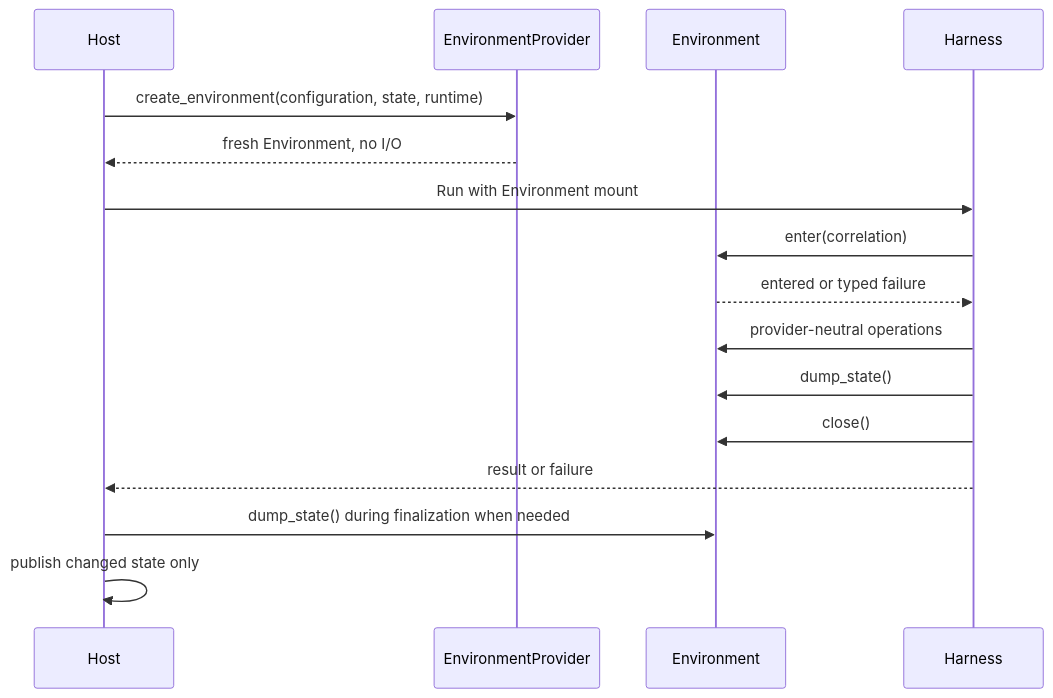
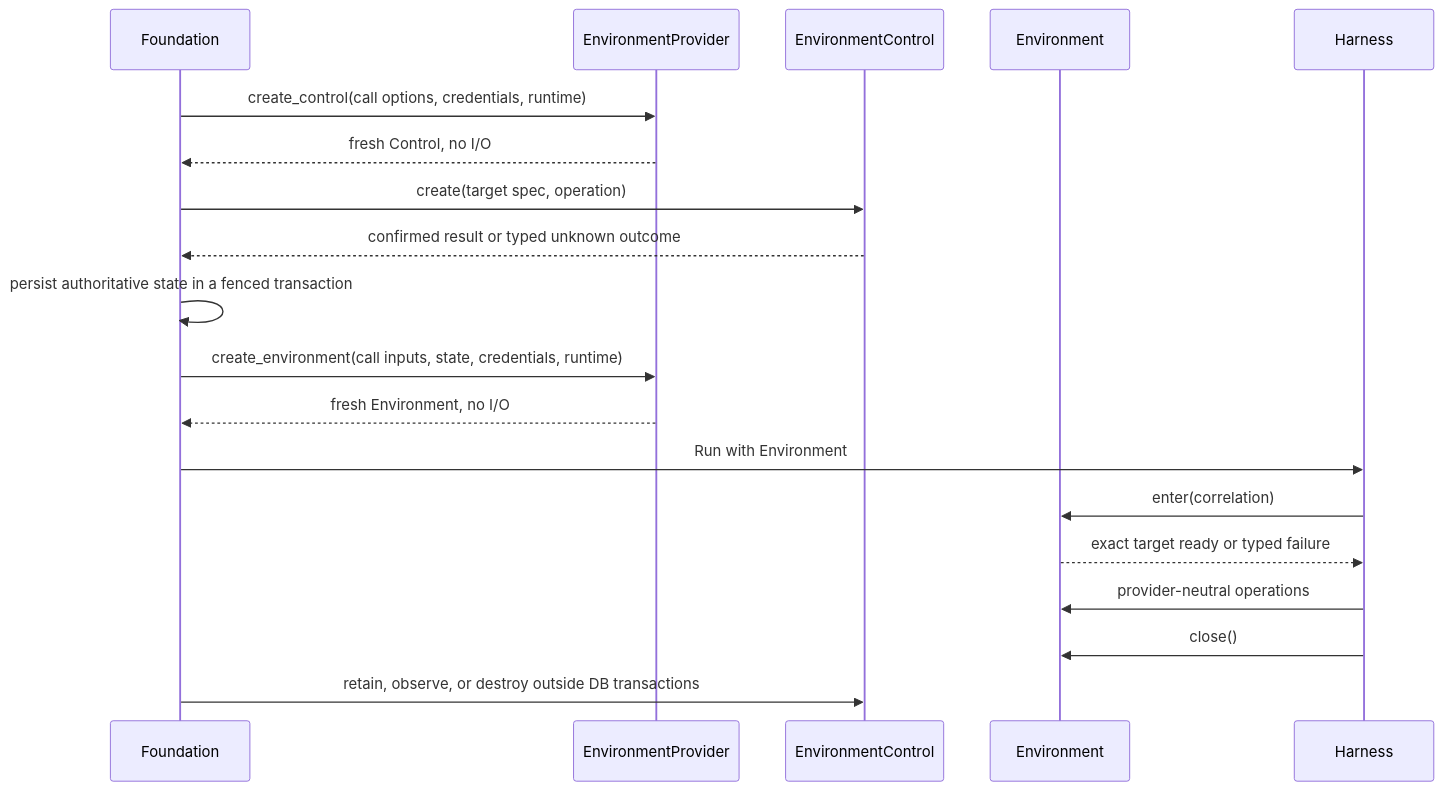
One commit to LTThreeComma/agent-foundation changed the second of 3 diagrams in spec/agent-environment-provider/00-overview.md. Above: the diagram before and after it, drawn with Mermaid. The commit also changed other lines of this file and 37 other files, not shown here.

Commit message:
Update repository architecture and development tooling

````diff
--- a/spec/agent-environment-provider/00-overview.md
+++ b/spec/agent-environment-provider/00-overview.md
@@ -79,19 +110,22 @@
 ```mermaid
 sequenceDiagram
-    participant Host
+    participant Foundation
     participant Provider as EnvironmentProvider
+    participant Control as EnvironmentControl
     participant Environment
     participant Harness
 
-    Host->>Provider: create_environment(configuration, state, runtime)
-    Provider-->>Host: fresh Environment, no I/O
-    Host->>Harness: Run with Environment mount
+    Foundation->>Provider: create_control(call options, credentials, runtime)
+    Provider-->>Foundation: fresh Control, no I/O
+    Foundation->>Control: create(target spec, operation)
+    Control-->>Foundation: confirmed result or typed unknown outcome
+    Foundation->>Foundation: persist authoritative state in a fenced transaction
+    Foundation->>Provider: create_environment(call inputs, state, credentials, runtime)
+    Provider-->>Foundation: fresh Environment, no I/O
+    Foundation->>Harness: Run with Environment
     Harness->>Environment: enter(correlation)
-    Environment-->>Harness: entered or typed failure
+    Environment-->>Harness: exact target ready or typed failure
     Harness->>Environment: provider-neutral operations
-    Harness->>Environment: dump_state()
     Harness->>Environment: close()
-    Harness-->>Host: result or failure
-    Host->>Environment: dump_state() during finalization when needed
-    Host->>Host: publish changed state only
+    Foundation->>Control: retain, observe, or destroy outside DB transactions
 ```
````
